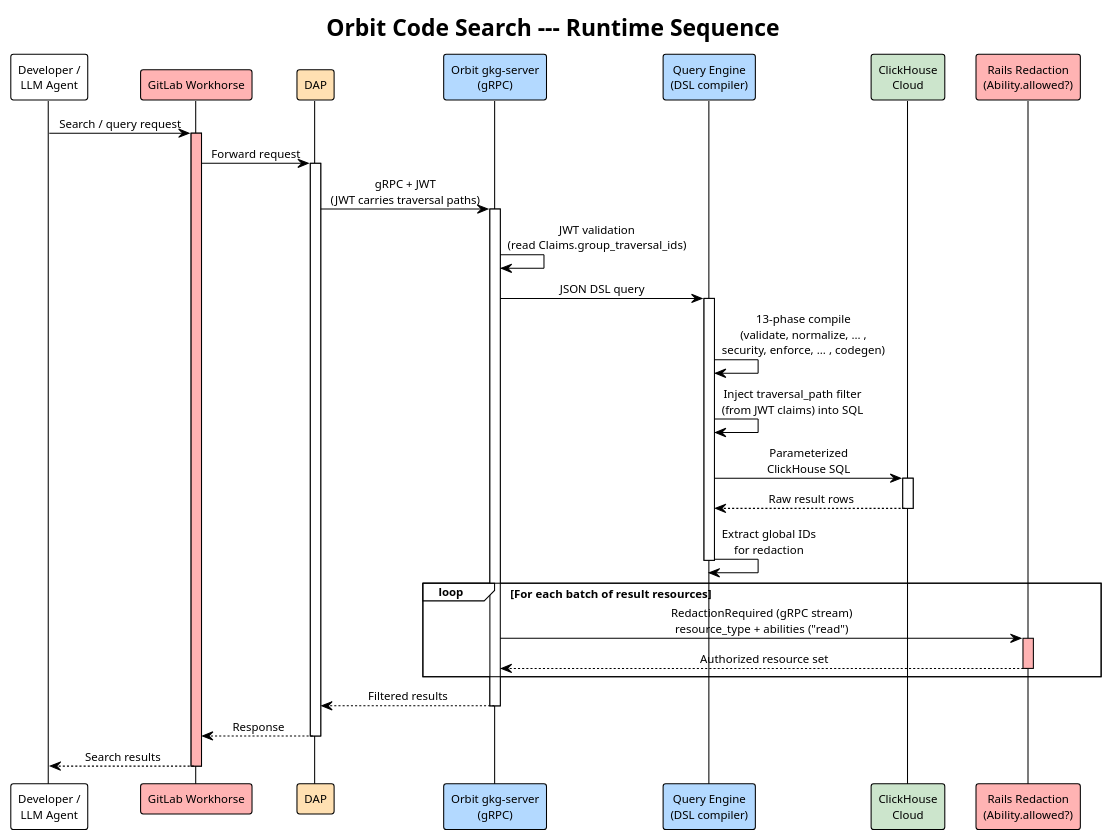
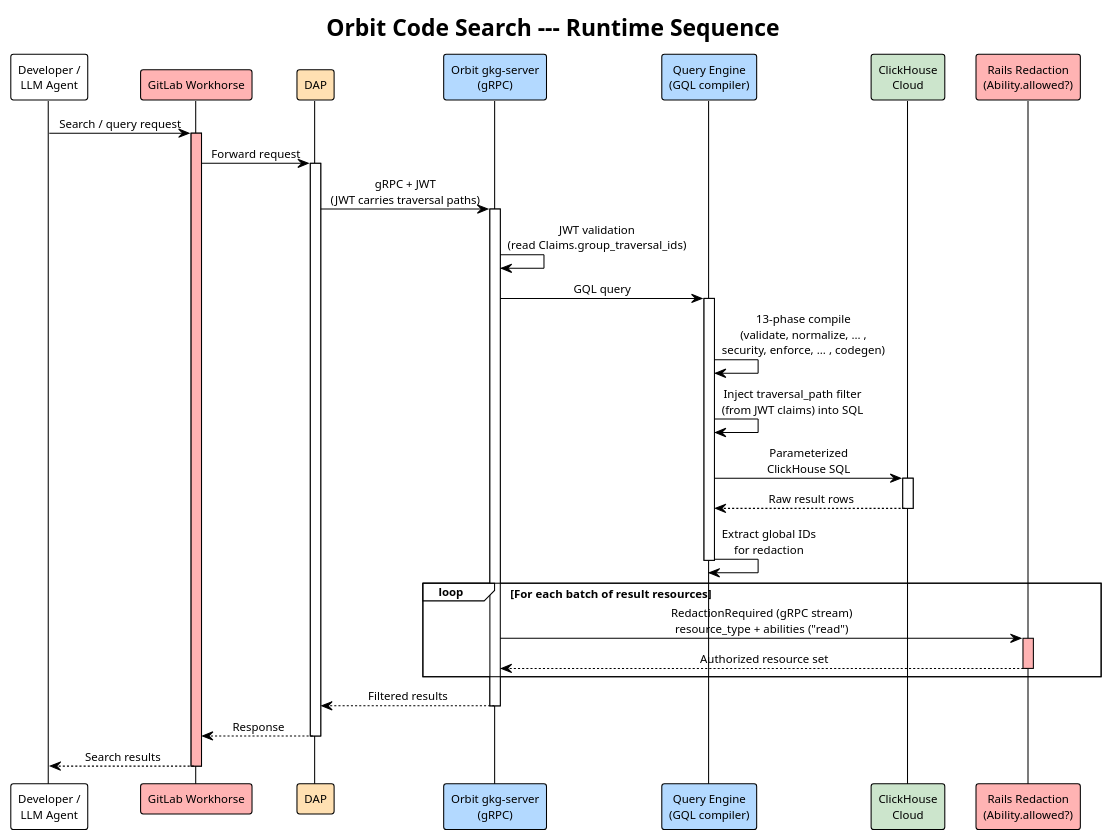
Before and after one commit to gitlabhq/orbit-knowledge-graph: the diagram in docs/design_review/puml/orbit_search_sequence.puml, drawn with PlantUML. The commit also changed 21 other files, not shown here.

Commit message:
chore(query): finish JSON Query DSL cleanup in tests, docs, and proto comments

```diff
--- a/docs/design_review/puml/orbit_search_sequence.puml
+++ b/docs/design_review/puml/orbit_search_sequence.puml
@@ -1,55 +1,55 @@
 @startuml orbit_search_sequence
 !theme plain
 skinparam backgroundColor #FFFFFF
 skinparam defaultFontSize 11
 skinparam sequenceMessageAlign center
 
 title Orbit Code Search --- Runtime Sequence
 
 participant "Developer /\nLLM Agent" as user
 participant "GitLab Workhorse" as rails #FFB3B3
 participant "DAP" as dap #FFE0B2
 participant "Orbit gkg-server\n(gRPC)" as orbit #B3D9FF
-participant "Query Engine\n(DSL compiler)" as qe #B3D9FF
+participant "Query Engine\n(GQL compiler)" as qe #B3D9FF
 participant "ClickHouse\nCloud" as ch #CCE5CC
 participant "Rails Redaction\n(Ability.allowed?)" as redact #FFB3B3
 
 user -> rails : Search / query request
 activate rails #FFB3B3
 
 rails -> dap : Forward request
 activate dap
 
 dap -> orbit : gRPC + JWT\n(JWT carries traversal paths)
 activate orbit
 orbit -> orbit : JWT validation\n(read Claims.group_traversal_ids)
 
-orbit -> qe : JSON DSL query
+orbit -> qe : GQL query
 activate qe
 qe -> qe : 13-phase compile\n(validate, normalize, ... ,\nsecurity, enforce, ... , codegen)
 qe -> qe : Inject traversal_path filter\n(from JWT claims) into SQL
 qe -> ch : Parameterized\nClickHouse SQL
 activate ch
 ch --> qe : Raw result rows
 deactivate ch
 qe -> qe : Extract global IDs\nfor redaction
 deactivate qe
 
 loop For each batch of result resources
   orbit -> redact : RedactionRequired (gRPC stream)\nresource_type + abilities ("read")
   activate redact #FFB3B3
   redact --> orbit : Authorized resource set
   deactivate redact
 end
 
 orbit --> dap : Filtered results
 deactivate orbit
 
 dap --> rails : Response
 deactivate dap
 
 rails --> user : Search results
 deactivate rails
 
 
 @enduml
```
